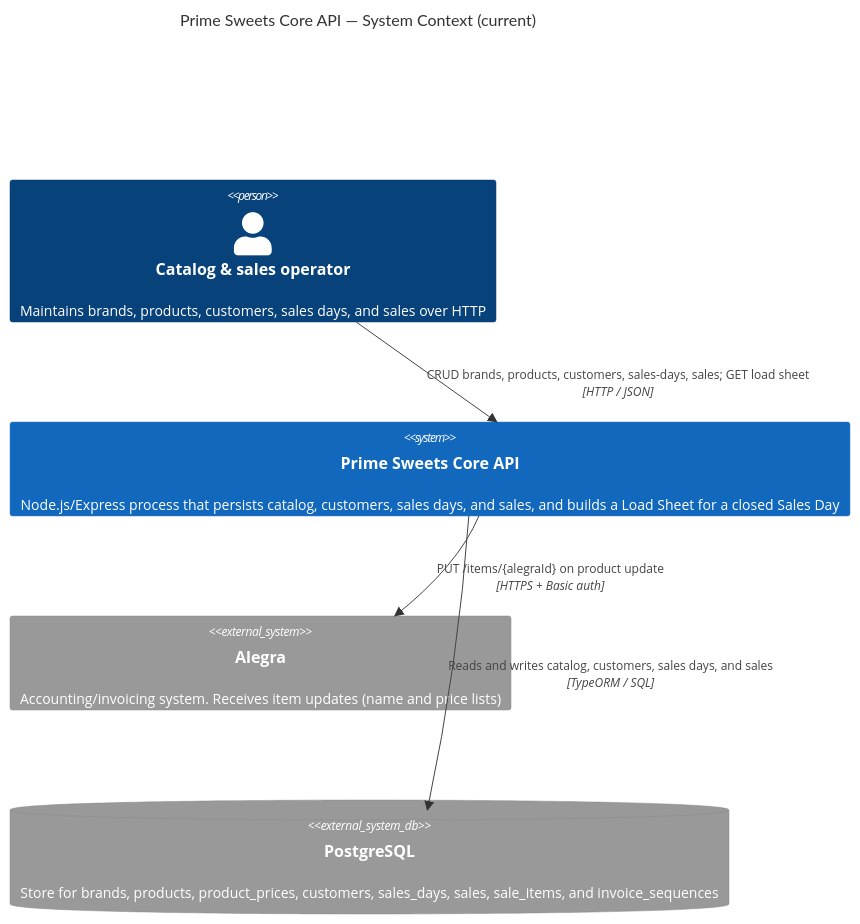
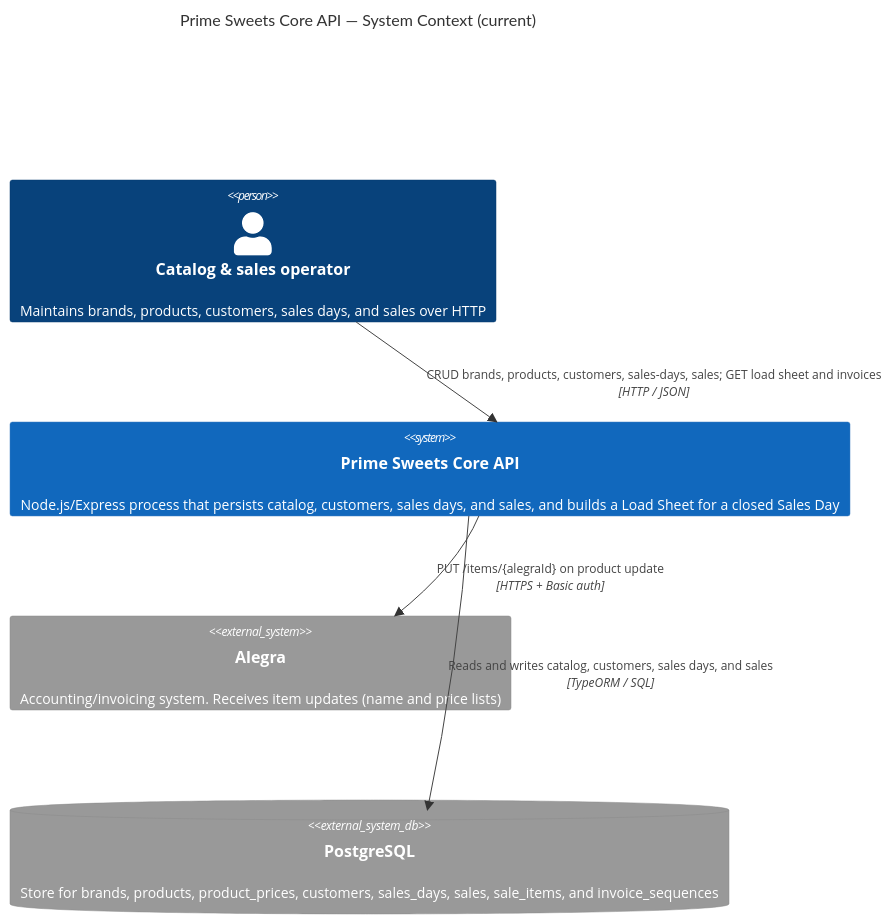
Before and after one commit to X01SERYO/prime-sweets-api: the diagram in docs/architecture/01-context.md, drawn with Mermaid. The commit also changed other lines of this file and 20 other files, not shown here.

First line of the commit message:
feat: list allocated invoices for a sales day

````diff
--- a/docs/architecture/01-context.md
+++ b/docs/architecture/01-context.md
@@ -9,13 +9,13 @@
 ```mermaid
 C4Context
 title Prime Sweets Core API — System Context (current)
 
 Person(operator, "Catalog & sales operator", "Maintains brands, products, customers, sales days, and sales over HTTP")
 System(api, "Prime Sweets Core API", "Node.js/Express process that persists catalog, customers, sales days, and sales, and builds a Load Sheet for a closed Sales Day")
 System_Ext(alegra, "Alegra", "Accounting/invoicing system. Receives item updates (name and price lists)")
 SystemDb_Ext(postgres, "PostgreSQL", "Store for brands, products, product_prices, customers, sales_days, sales, sale_items, and invoice_sequences")
 
-Rel(operator, api, "CRUD brands, products, customers, sales-days, sales; GET load sheet", "HTTP / JSON")
+Rel(operator, api, "CRUD brands, products, customers, sales-days, sales; GET load sheet and invoices", "HTTP / JSON")
 Rel(api, postgres, "Reads and writes catalog, customers, sales days, and sales", "TypeORM / SQL")
 Rel(api, alegra, "PUT /items/{alegraId} on product update", "HTTPS + Basic auth")
 ```
````
